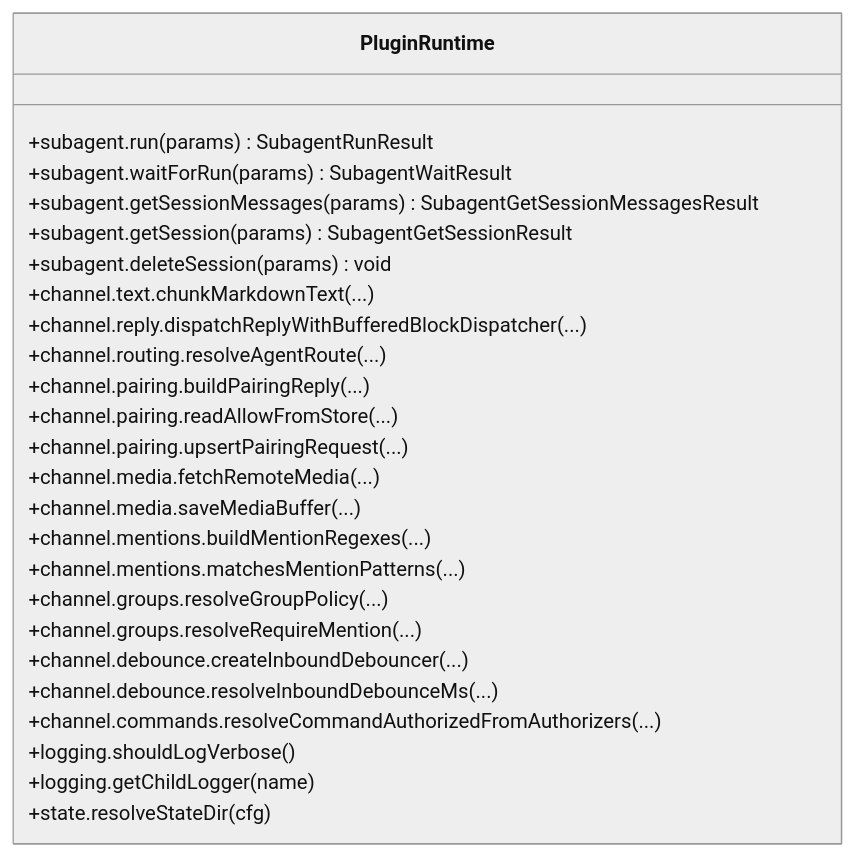
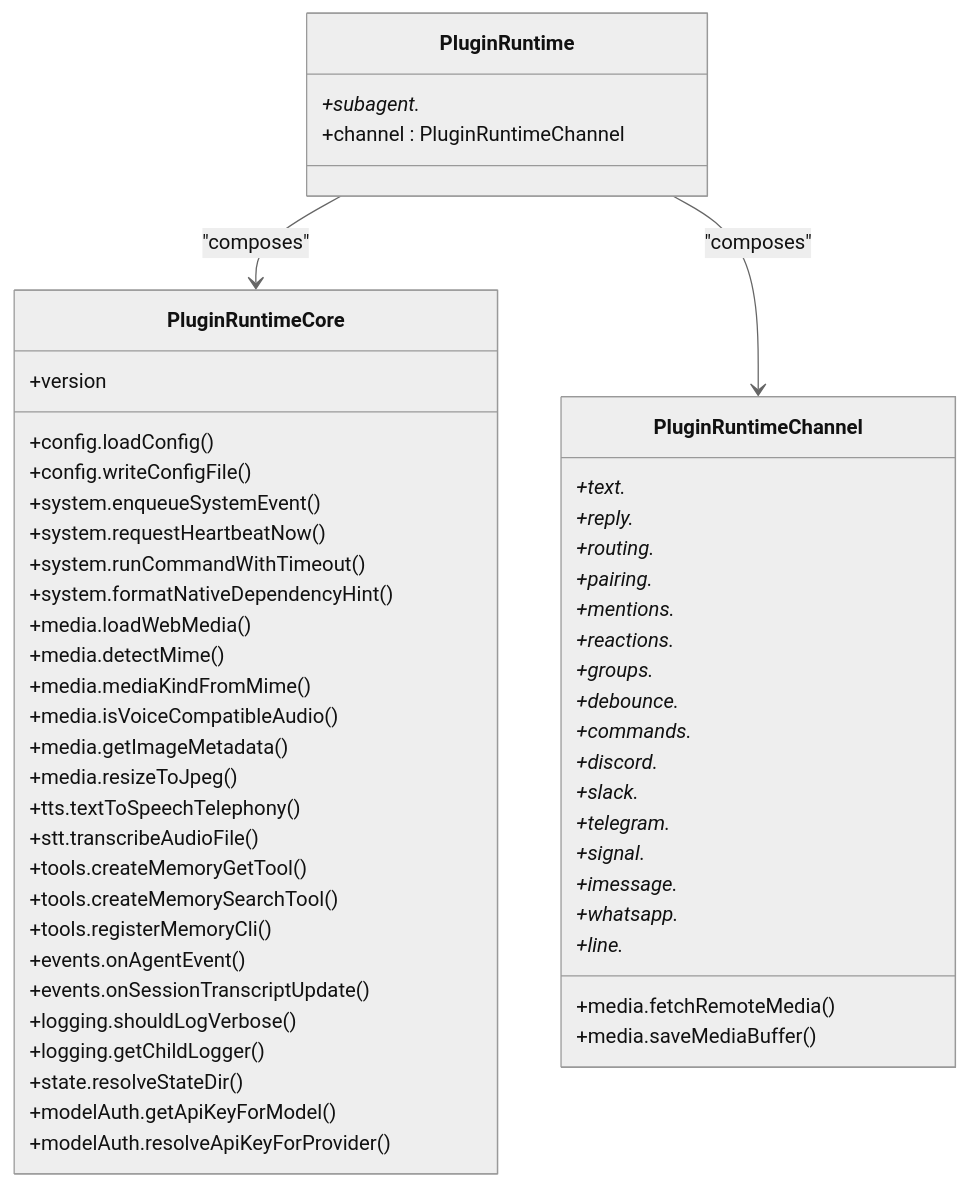
Before and after one commit to botx-work/OpenClaw-Internals: the fifth of 9 diagrams in repowiki/en/content/API Reference/Plugin SDK.md, drawn with Mermaid (neutral theme). The commit also changed other lines of this file and 332 other files, not shown here.

````diff
--- a/repowiki/en/content/API Reference/Plugin SDK.md
+++ b/repowiki/en/content/API Reference/Plugin SDK.md
@@ -190,28 +265,56 @@
 ```mermaid
 classDiagram
+class PluginRuntimeCore {
++version
++config.loadConfig()
++config.writeConfigFile()
++system.enqueueSystemEvent()
++system.requestHeartbeatNow()
++system.runCommandWithTimeout()
++system.formatNativeDependencyHint()
++media.loadWebMedia()
++media.detectMime()
++media.mediaKindFromMime()
++media.isVoiceCompatibleAudio()
++media.getImageMetadata()
++media.resizeToJpeg()
++tts.textToSpeechTelephony()
++stt.transcribeAudioFile()
++tools.createMemoryGetTool()
++tools.createMemorySearchTool()
++tools.registerMemoryCli()
++events.onAgentEvent()
++events.onSessionTranscriptUpdate()
++logging.shouldLogVerbose()
++logging.getChildLogger()
++state.resolveStateDir()
++modelAuth.getApiKeyForModel()
++modelAuth.resolveApiKeyForProvider()
+}
+class PluginRuntimeChannel {
++text.*
++reply.*
++routing.*
++pairing.*
++media.fetchRemoteMedia()
++media.saveMediaBuffer()
++mentions.*
++reactions.*
++groups.*
++debounce.*
++commands.*
++discord.*
++slack.*
++telegram.*
++signal.*
++imessage.*
++whatsapp.*
++line.*
+}
 class PluginRuntime {
-+subagent.run(params) SubagentRunResult
-+subagent.waitForRun(params) SubagentWaitResult
-+subagent.getSessionMessages(params) SubagentGetSessionMessagesResult
-+subagent.getSession(params) SubagentGetSessionResult
-+subagent.deleteSession(params) void
-+channel.text.chunkMarkdownText(...)
-+channel.reply.dispatchReplyWithBufferedBlockDispatcher(...)
-+channel.routing.resolveAgentRoute(...)
-+channel.pairing.buildPairingReply(...)
-+channel.pairing.readAllowFromStore(...)
-+channel.pairing.upsertPairingRequest(...)
-+channel.media.fetchRemoteMedia(...)
-+channel.media.saveMediaBuffer(...)
-+channel.mentions.buildMentionRegexes(...)
-+channel.mentions.matchesMentionPatterns(...)
-+channel.groups.resolveGroupPolicy(...)
-+channel.groups.resolveRequireMention(...)
-+channel.debounce.createInboundDebouncer(...)
-+channel.debounce.resolveInboundDebounceMs(...)
-+channel.commands.resolveCommandAuthorizedFromAuthorizers(...)
-+logging.shouldLogVerbose()
-+logging.getChildLogger(name)
-+state.resolveStateDir(cfg)
++subagent.*
++channel : PluginRuntimeChannel
 }
+PluginRuntime --> PluginRuntimeCore : "composes"
+PluginRuntime --> PluginRuntimeChannel : "composes"
 ```
````
